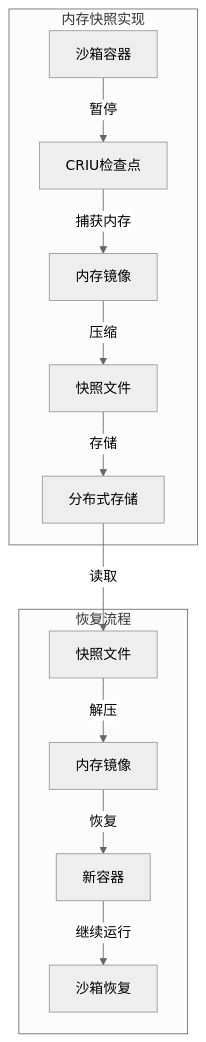
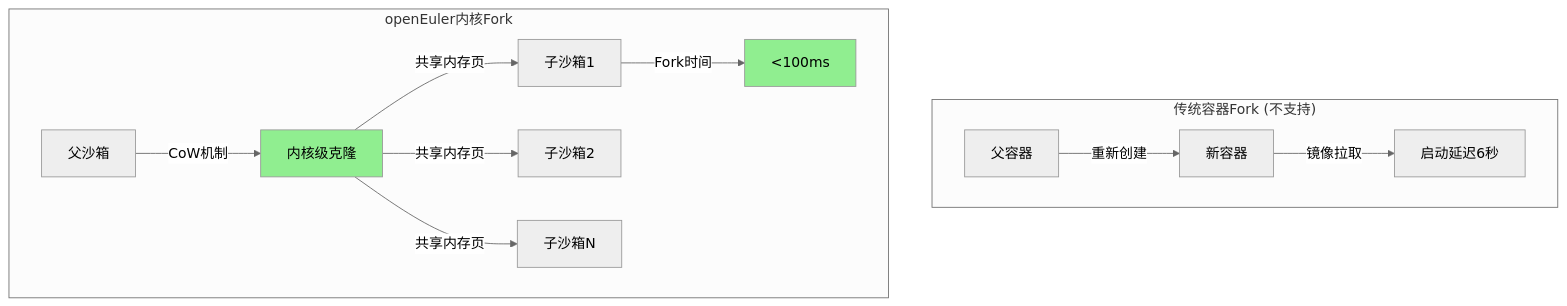
One commit to QJWang23/sandbox changed the tenth of 20 diagrams in docs/superpowers/specs/2026-03-22-agent-sandbox-technical-roadmap.md. Above: the diagram before and after it, drawn with Mermaid (neutral theme). The commit also changed other lines of this file, not shown here.

First line of the commit message:
Update technical roadmap with production scenarios focus

````diff
--- a/docs/superpowers/specs/2026-03-22-agent-sandbox-technical-roadmap.md
+++ b/docs/superpowers/specs/2026-03-22-agent-sandbox-technical-roadmap.md
@@ -345,16 +381,19 @@
 ```mermaid
 graph TB
-    subgraph "内存快照实现"
-        A[沙箱容器] -->|暂停| B[CRIU检查点]
-        B -->|捕获内存| C[内存镜像]
-        C -->|压缩| D[快照文件]
-        D -->|存储| E[分布式存储]
+    subgraph "传统容器Fork (不支持)"
+        A[父容器] -->|重新创建| B[新容器]
+        B -->|镜像拉取| C[启动延迟6秒]
     end
 
-    subgraph "恢复流程"
-        E -->|读取| F[快照文件]
-        F -->|解压| G[内存镜像]
-        G -->|恢复| H[新容器]
-        H -->|继续运行| I[沙箱恢复]
+    subgraph "openEuler内核Fork"
+        D[父沙箱] -->|CoW机制| E[内核级克隆]
+        E -->|共享内存页| F[子沙箱1]
+        E -->|共享内存页| G[子沙箱2]
+        E -->|共享内存页| H[子沙箱N]
+
+        F -->|Fork时间| I[<100ms]
     end
+
+    style E fill:#90EE90
+    style I fill:#90EE90
 ```
````
